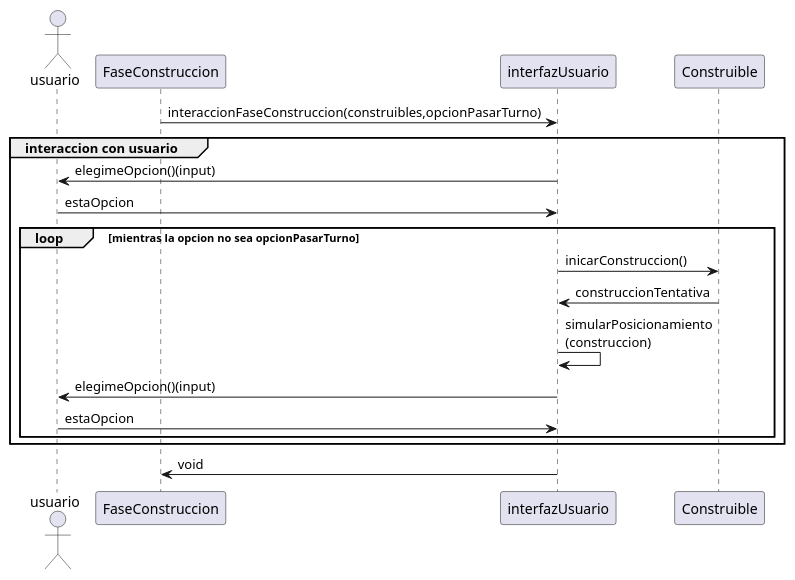
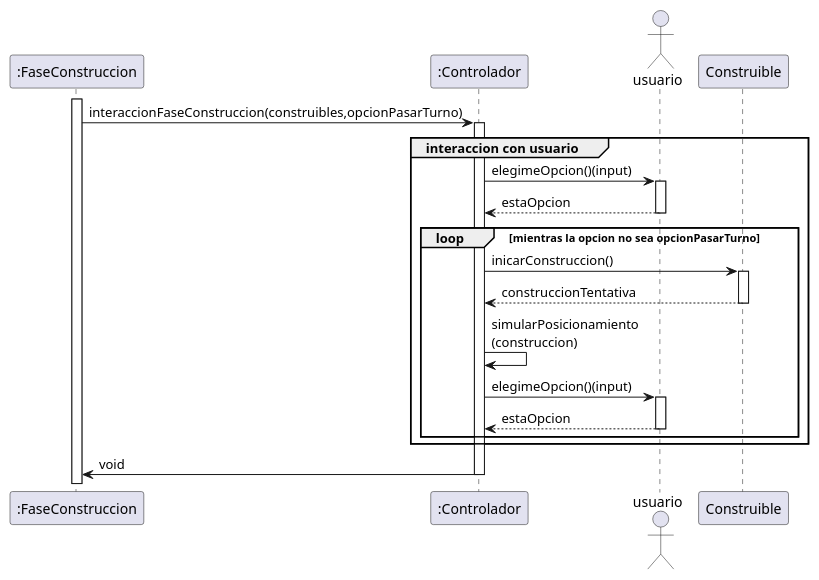
The diagram in diagrams/sequences/prototipoMarcelo/faseConstruccion/interaccionUsuarioFaseconstruccion.puml (MarceloAgustinOrigoniGuillaume/Algo3_TP2_1C2023), drawn with PlantUML before and after one commit. The commit also changed 6 other files, not shown here.

First line of the commit message:
haciendo mejor los diagramas

```diff
--- a/diagrams/sequences/prototipoMarcelo/faseConstruccion/interaccionUsuarioFaseconstruccion.puml
+++ b/diagrams/sequences/prototipoMarcelo/faseConstruccion/interaccionUsuarioFaseconstruccion.puml
@@ -1,22 +1,35 @@
 @startuml
 
+participant ":FaseConstruccion" as builder
+participant ":Controlador" as controller
 Actor usuario
-FaseConstruccion-> interfazUsuario: interaccionFaseConstruccion(construibles,opcionPasarTurno)
+activate builder
+builder-> controller: interaccionFaseConstruccion(construibles,opcionPasarTurno)
+activate controller
 group interaccion con usuario
 
-interfazUsuario-> usuario: elegimeOpcion()(input)
-usuario -> interfazUsuario: estaOpcion
+controller-> usuario: elegimeOpcion()(input)
+activate usuario
+usuario --> controller: estaOpcion
+deactivate usuario
 
 Loop mientras la opcion no sea opcionPasarTurno
-interfazUsuario->Construible: inicarConstruccion()
-Construible->interfazUsuario: construccionTentativa
-interfazUsuario -> interfazUsuario : simularPosicionamiento\n(construccion)
+controller->Construible: inicarConstruccion()
+activate Construible
+Construible-->controller: construccionTentativa
+deactivate Construible
 
-interfazUsuario-> usuario: elegimeOpcion()(input)
-usuario -> interfazUsuario: estaOpcion
+
+controller -> controller : simularPosicionamiento\n(construccion)
+
+controller-> usuario: elegimeOpcion()(input)
+activate usuario
+usuario --> controller: estaOpcion
+deactivate usuario
+
 end
 end group
 
-interfazUsuario -> FaseConstruccion: void
-
+controller -> builder: void
+deactivate controller
 @enduml
```
